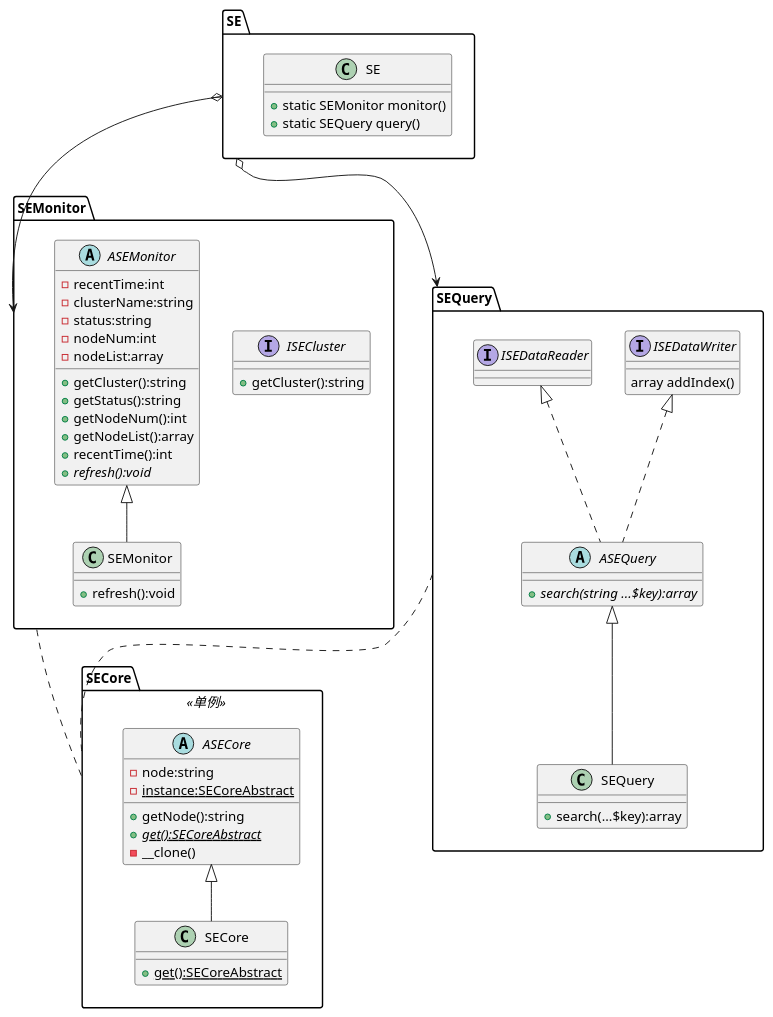
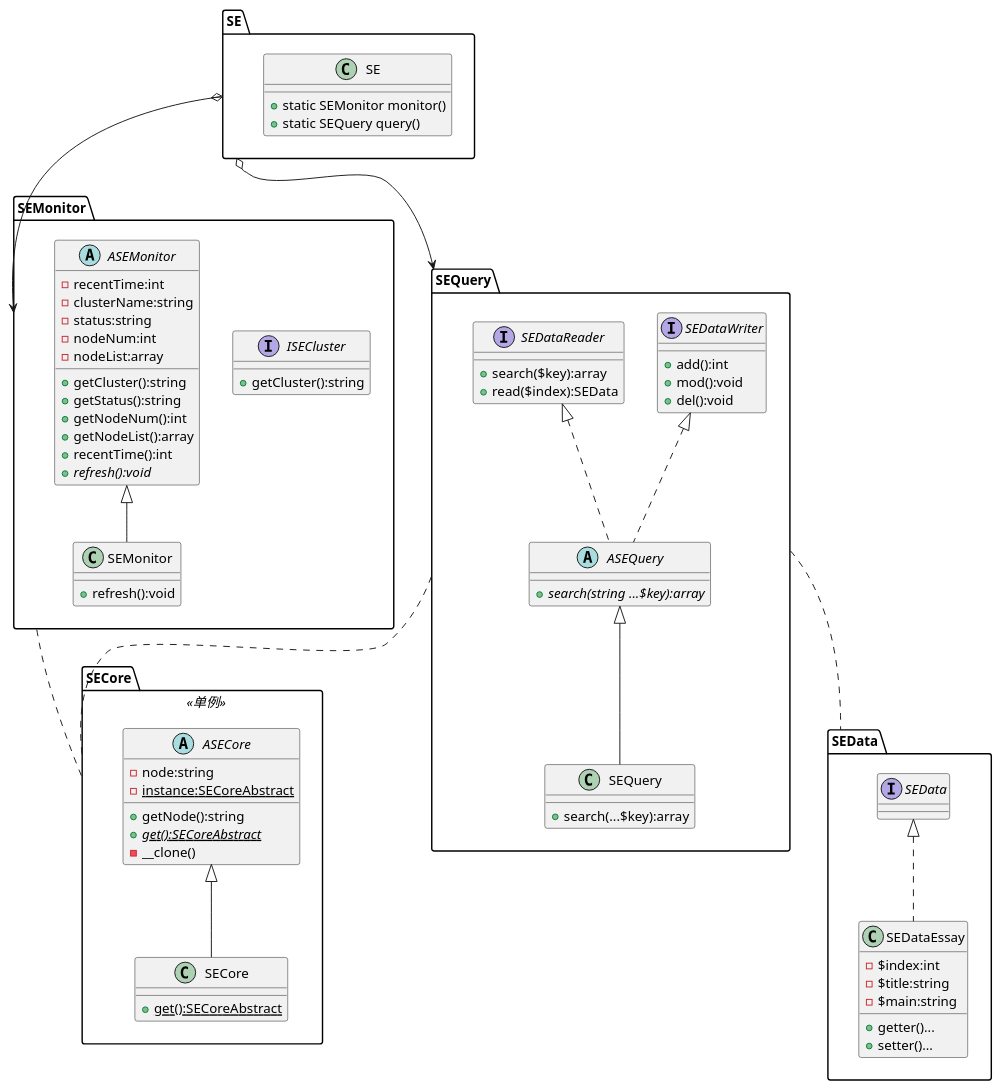
The diagram in docs/ModuleStructure.puml (1000Delta/CurrentWork), drawn with PlantUML before and after one commit. The commit also changed 1 other file, not shown here.

```diff
--- a/docs/ModuleStructure.puml
+++ b/docs/ModuleStructure.puml
@@ -1,90 +1,117 @@
 @startuml
 
 '核心类
 package SECore <<单例>>{
 
     '
     abstract class ASECore {
 
     - node:string
     - {static}instance:SECoreAbstract
     + getNode():string
     + {static}{abstract}get():SECoreAbstract
     '防止单例克隆
     - __clone()
     }
 
     class SECore extends ASECore {
 
     + {static}get():SECoreAbstract
     }
 }
 '*************************************************************************
 '监测类
 package SEMonitor {
 
     interface ISECluster {
         + getCluster():string
 
     }
 
     abstract class ASEMonitor {
         - recentTime:int
         '集群相关
         - clusterName:string
         - status:string
         - nodeNum:int
         '节点相关
         - nodeList:array
         + getCluster():string
         + getStatus():string
         + getNodeNum():int
         + getNodeList():array
         + recentTime():int
         + {abstract}refresh():void
     }
 
     class SEMonitor extends ASEMonitor {
     + refresh():void
     }
 }
 '*************************************************************************
-
 '请求类
 package SEQuery {
 
-    interface ISEDataWriter {
+    interface SEDataWriter {
 
-        array addIndex()
+        + add():int
+        + mod():void
+        + del():void
+
     }
 
-    abstract class ASEQuery implements ISEDataWriter, ISEDataReader {
+    interface SEDataReader {
+
+        + search($key):array
+        + read($index):SEData
+    }
+
+    abstract class ASEQuery implements SEDataWriter, SEDataReader {
     '普通查询 多关键词
     + {abstract}search(string ...$key):array
     }
 
     class SEQuery extends ASEQuery {
     + search(...$key):array
+    }
+}
+'数据对象
+package SEData {
+
+    interface SEData {
+
+    }
+
+    class SEDataEssay implements SEData {
+
+        - $index:int
+        - $title:string
+        - $main:string
+
+        + getter()...
+        + setter()...
+
     }
 }
 '*************************************************************************
 '管理
 package SE {
 
     class SE {
     + static SEMonitor monitor()
     + static SEQuery query()
     }
 }
 '*************************************************************************
 
 '依赖关系
 SEMonitor ... SECore
 SEQuery ... SECore
+SEQuery ... SEData
 
 '包含关系
 
 SE o--> SEMonitor
 SE o--> SEQuery
 
 @enduml
```
